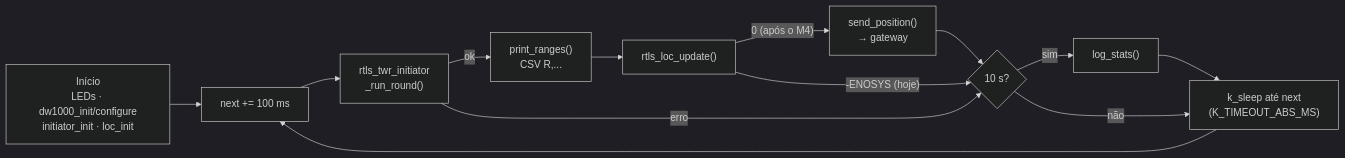
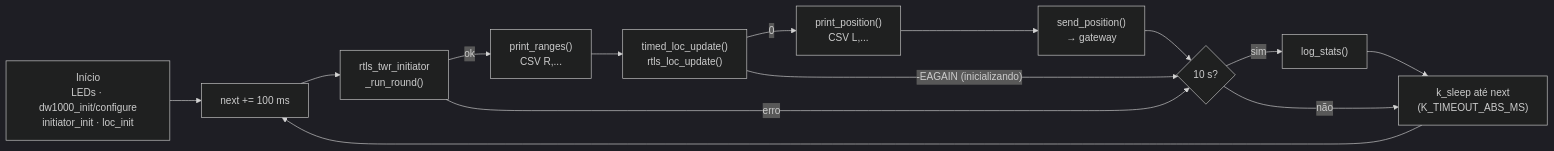
The ninth of 15 diagrams in docs/09-guia-do-codigo.md (MauroTony/dwm1001-rtls-fw), drawn with Mermaid (dark theme) before and after one commit. The commit also changed other lines of this file and 4 other files, not shown here.

````diff
--- a/docs/09-guia-do-codigo.md
+++ b/docs/09-guia-do-codigo.md
@@ -348,12 +374,12 @@
 ```mermaid
 flowchart LR
     s["Início<br/>LEDs · dw1000_init/configure<br/>initiator_init · loc_init"] --> c["next += 100 ms"]
     c --> r["rtls_twr_initiator<br/>_run_round()"]
-    r -- ok --> p["print_ranges()<br/>CSV R,..."] --> l["rtls_loc_update()"]
-    l -- "0 (após o M4)" --> pos["send_position()<br/>→ gateway"] --> st
-    l -- "-ENOSYS (hoje)" --> st
+    r -- ok --> p["print_ranges()<br/>CSV R,..."] --> l["timed_loc_update()<br/>rtls_loc_update()"]
+    l -- 0 --> pp["print_position()<br/>CSV L,..."] --> pos["send_position()<br/>→ gateway"] --> st
+    l -- "-EAGAIN (inicializando)" --> st
     r -- erro --> st{"10 s?"}
     st -- sim --> ls["log_stats()"] --> z
     st -- não --> z["k_sleep até next<br/>(K_TIMEOUT_ABS_MS)"]
     z --> c
 ```
````
